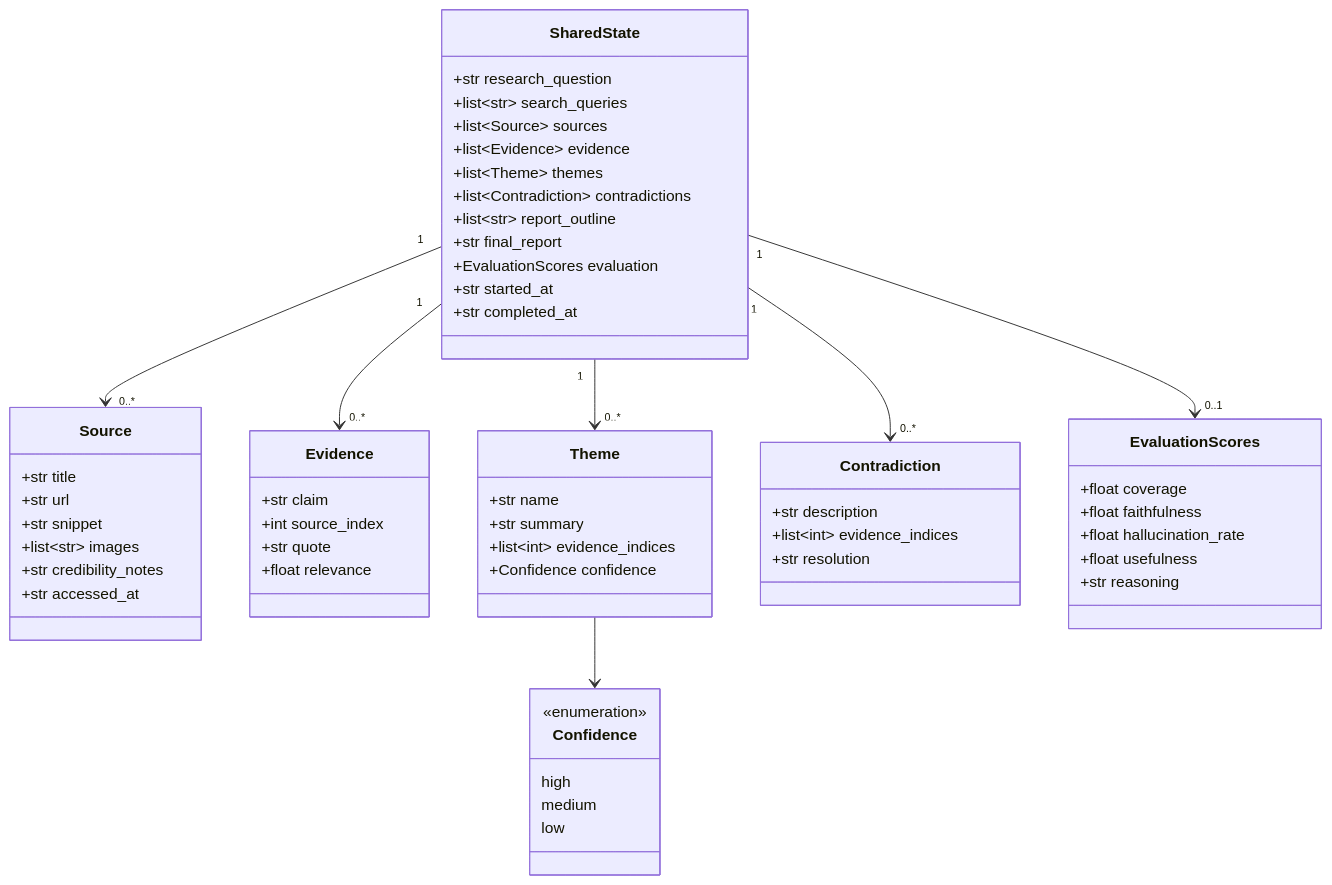
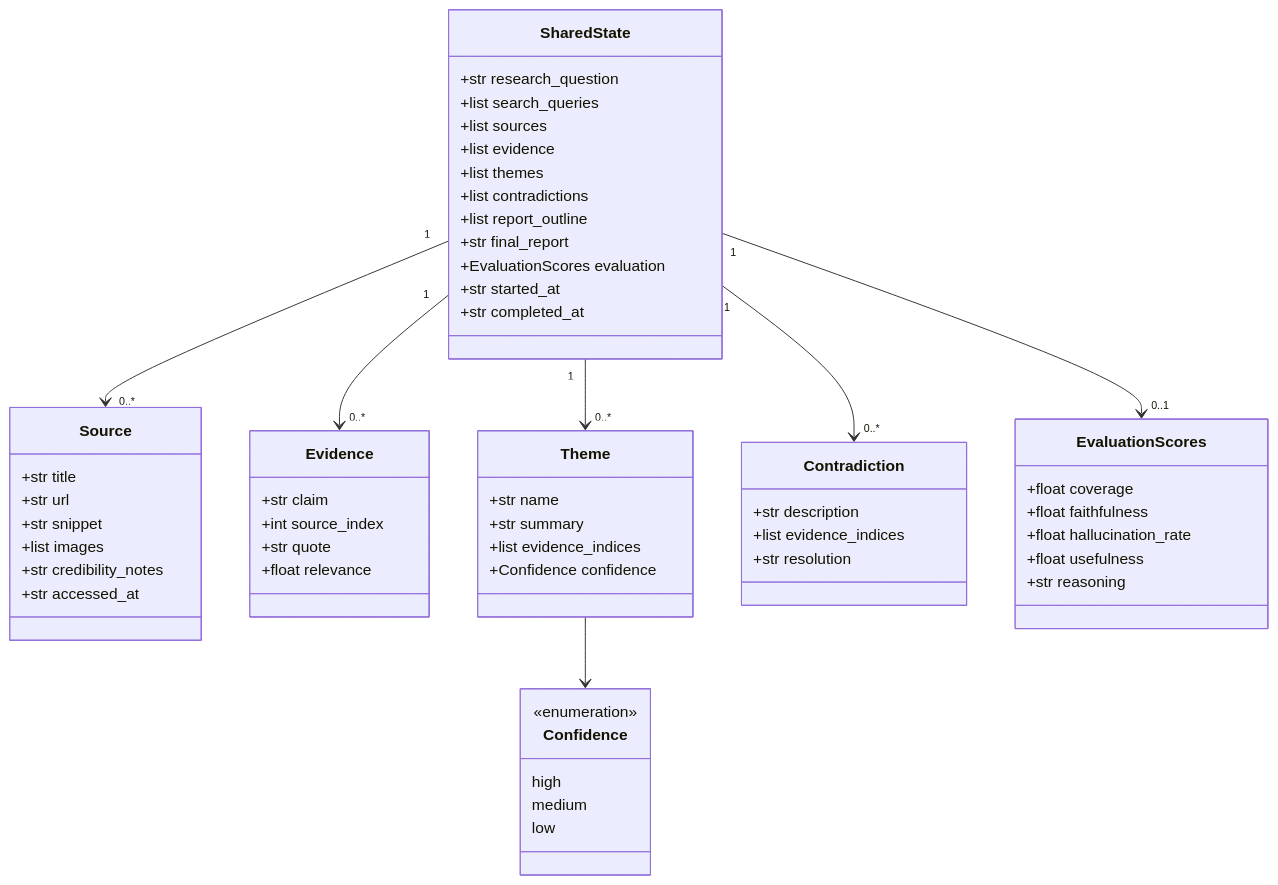
The third of 13 diagrams in ressources/report/report.md (jnlandu/aims-ric-dts-2026-research-agent), drawn with Mermaid before and after one commit. The commit also changed other lines of this file and 15 other files, not shown here.

````diff
--- a/ressources/report/report.md
+++ b/ressources/report/report.md
@@ -145,67 +154,67 @@
 ```mermaid
 classDiagram
     class SharedState {
         +str research_question
-        +list~str~ search_queries
-        +list~Source~ sources
-        +list~Evidence~ evidence
-        +list~Theme~ themes
-        +list~Contradiction~ contradictions
-        +list~str~ report_outline
+        +list search_queries
+        +list sources
+        +list evidence
+        +list themes
+        +list contradictions
+        +list report_outline
         +str final_report
         +EvaluationScores evaluation
         +str started_at
         +str completed_at
     }
 
     class Source {
         +str title
         +str url
         +str snippet
-        +list~str~ images
+        +list images
         +str credibility_notes
         +str accessed_at
     }
 
     class Evidence {
         +str claim
         +int source_index
         +str quote
         +float relevance
     }
 
     class Theme {
         +str name
         +str summary
-        +list~int~ evidence_indices
+        +list evidence_indices
         +Confidence confidence
     }
 
     class Contradiction {
         +str description
-        +list~int~ evidence_indices
+        +list evidence_indices
         +str resolution
     }
 
     class EvaluationScores {
         +float coverage
         +float faithfulness
         +float hallucination_rate
         +float usefulness
         +str reasoning
     }
 
     class Confidence {
         <<enumeration>>
         high
         medium
         low
     }
 
     SharedState "1" --> "0..*" Source
     SharedState "1" --> "0..*" Evidence
     SharedState "1" --> "0..*" Theme
     SharedState "1" --> "0..*" Contradiction
     SharedState "1" --> "0..1" EvaluationScores
     Theme --> Confidence
 ```
````
